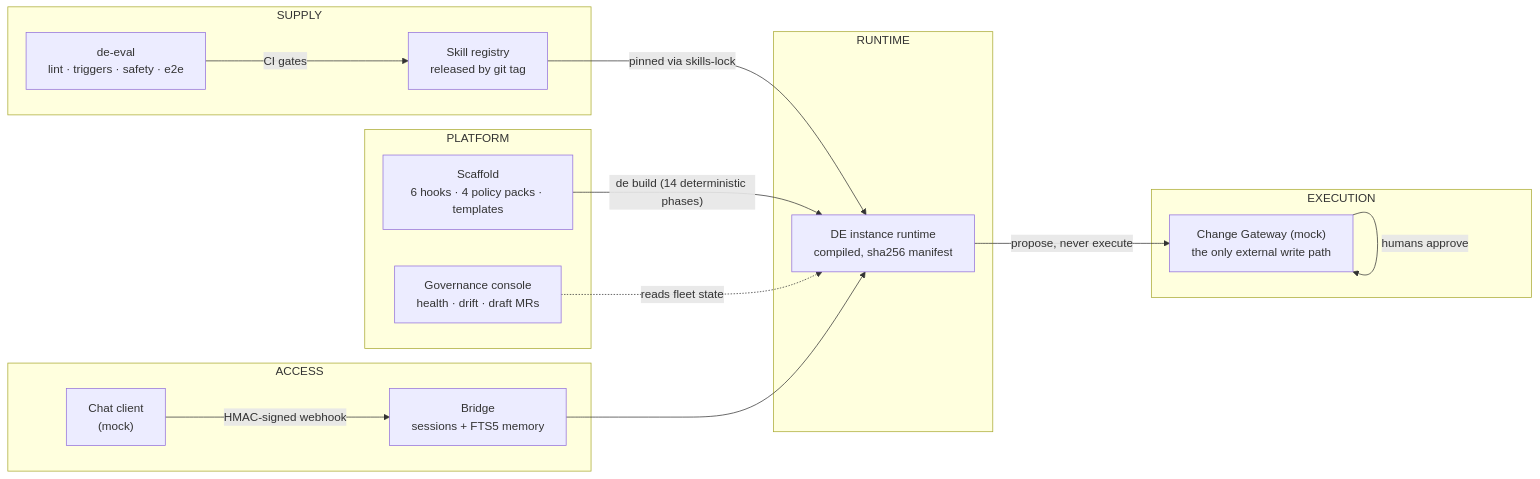
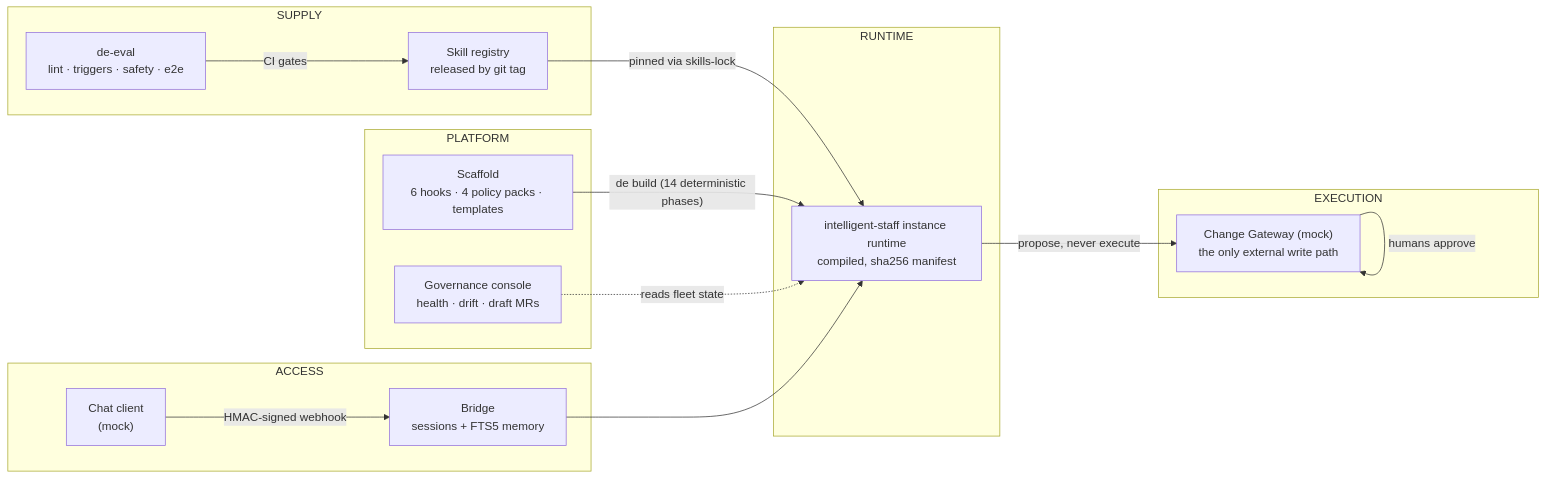
The diagram in README.md (arthaszyb/bright-talent), drawn with Mermaid before and after one commit. The commit also changed other lines of this file and 41 other files, not shown here.

First line of the commit message:
Rebrand "Digital Employee"/"DE" concept to "intelligent staff"

````diff
--- a/README.md
+++ b/README.md
@@ -29,32 +29,32 @@
 ```mermaid
 flowchart LR
     subgraph ACCESS
         chat["Chat client<br/>(mock)"] -->|HMAC-signed webhook| bridge["Bridge<br/>sessions + FTS5 memory"]
     end
 
     subgraph PLATFORM
         scaffold["Scaffold<br/>6 hooks · 4 policy packs · templates"]
         console["Governance console<br/>health · drift · draft MRs"]
     end
 
     subgraph SUPPLY
         skills["Skill registry<br/>released by git tag"]
         eval["de-eval<br/>lint · triggers · safety · e2e"]
         eval -->|CI gates| skills
     end
 
     subgraph RUNTIME
-        de["DE instance runtime<br/>compiled, sha256 manifest"]
+        de["intelligent-staff instance runtime<br/>compiled, sha256 manifest"]
     end
 
     subgraph EXECUTION
         gw["Change Gateway (mock)<br/>the only external write path"]
     end
 
     scaffold -->|"de build (14 deterministic phases)"| de
     skills -->|pinned via skills-lock| de
     bridge --> de
     de -->|"propose, never execute"| gw
     gw -->|humans approve| gw
     console -.->|reads fleet state| de
 ```
````
